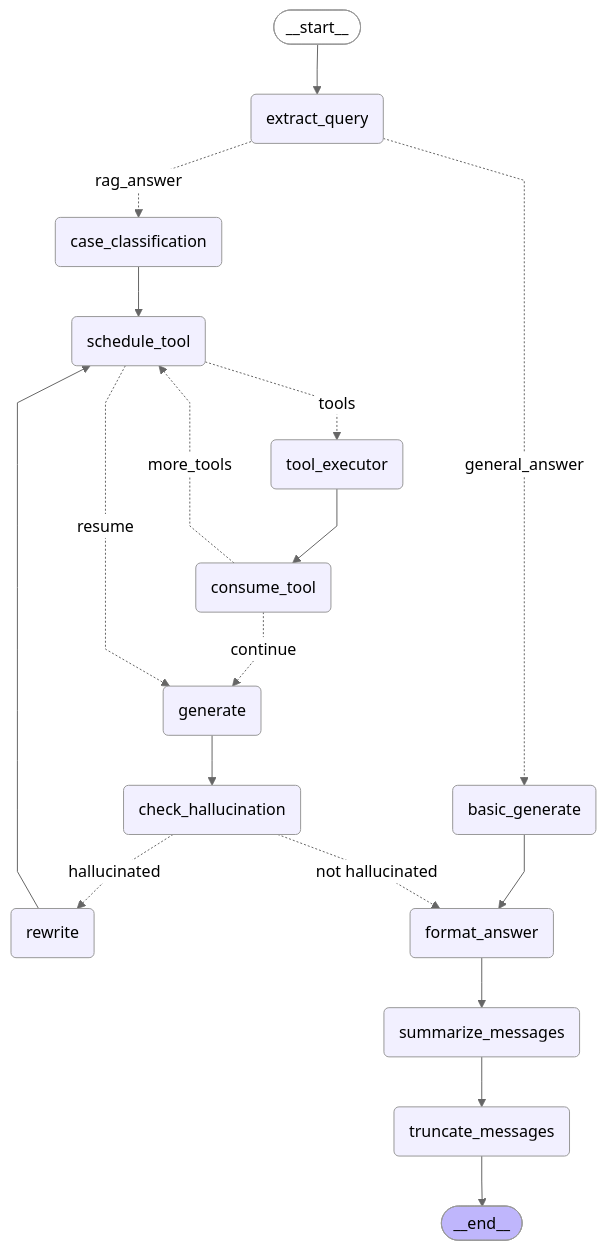
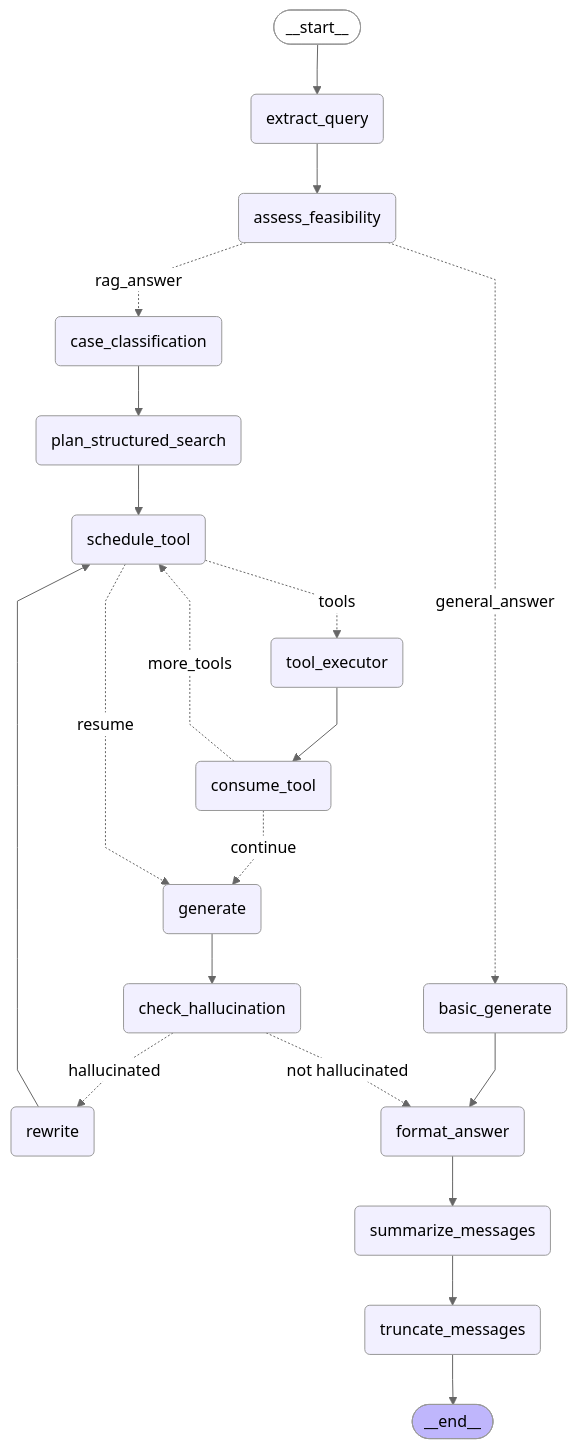
One commit to da-itdaing/chatbot changed the diagram in chatbot/artifacts/graphs/consumer_graph.mmd. Above: the diagram before and after it, drawn with Mermaid (neutral theme). The commit also changed 133 other files, not shown here.

```diff
--- a/chatbot/artifacts/graphs/consumer_graph.mmd
+++ b/chatbot/artifacts/graphs/consumer_graph.mmd
@@ -1,40 +1,44 @@
 ---
 config:
   flowchart:
     curve: linear
 ---
 graph TD;
 	__start__([<p>__start__</p>]):::first
 	extract_query(extract_query)
+	assess_feasibility(assess_feasibility)
 	case_classification(case_classification)
+	plan_structured_search(plan_structured_search)
 	schedule_tool(schedule_tool)
 	consume_tool(consume_tool)
 	tool_executor(tool_executor)
 	generate(generate)
 	check_hallucination(check_hallucination)
 	rewrite(rewrite)
 	basic_generate(basic_generate)
 	format_answer(format_answer)
 	summarize_messages(summarize_messages)
 	truncate_messages(truncate_messages)
 	__end__([<p>__end__</p>]):::last
 	__start__ --> extract_query;
+	assess_feasibility -. &nbsp;general_answer&nbsp; .-> basic_generate;
+	assess_feasibility -. &nbsp;rag_answer&nbsp; .-> case_classification;
 	basic_generate --> format_answer;
-	case_classification --> schedule_tool;
+	case_classification --> plan_structured_search;
 	check_hallucination -. &nbsp;not hallucinated&nbsp; .-> format_answer;
 	check_hallucination -. &nbsp;hallucinated&nbsp; .-> rewrite;
 	consume_tool -. &nbsp;continue&nbsp; .-> generate;
 	consume_tool -. &nbsp;more_tools&nbsp; .-> schedule_tool;
-	extract_query -. &nbsp;general_answer&nbsp; .-> basic_generate;
-	extract_query -. &nbsp;rag_answer&nbsp; .-> case_classification;
+	extract_query --> assess_feasibility;
 	format_answer --> summarize_messages;
 	generate --> check_hallucination;
+	plan_structured_search --> schedule_tool;
 	rewrite --> schedule_tool;
 	schedule_tool -. &nbsp;resume&nbsp; .-> generate;
 	schedule_tool -. &nbsp;tools&nbsp; .-> tool_executor;
 	summarize_messages --> truncate_messages;
 	tool_executor --> consume_tool;
 	truncate_messages --> __end__;
 	classDef default fill:#f2f0ff,line-height:1.2
 	classDef first fill-opacity:0
 	classDef last fill:#bfb6fc
```
